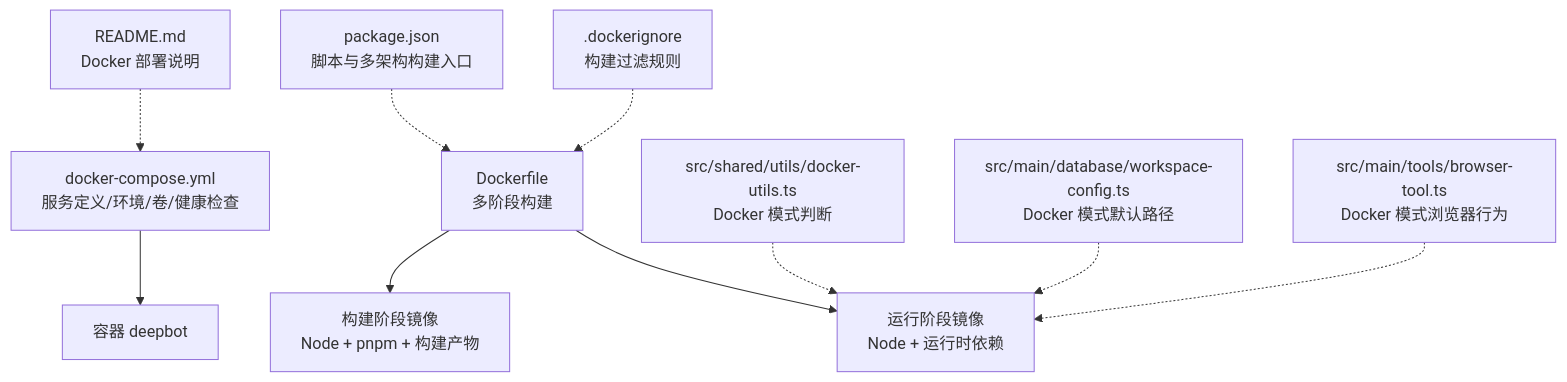
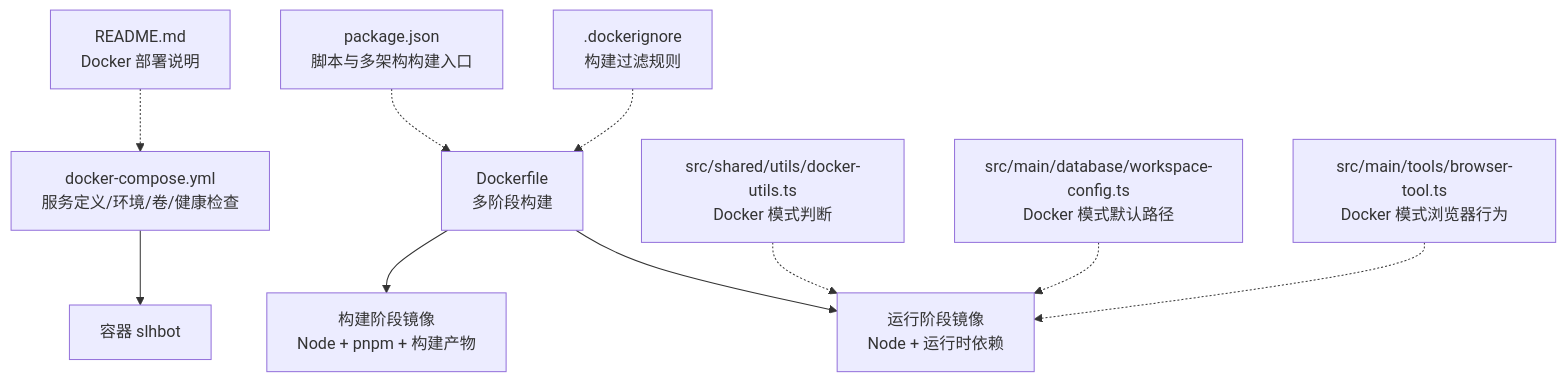
Before and after one commit to HEROhuqinchao/deepbot: the first of 6 diagrams in .qoder/repowiki/zh/content/开发和部署/构建和打包/Docker 构建配置.md, drawn with Mermaid. The commit also changed other lines of this file and 250 other files, not shown here.

````diff
--- a/.qoder/repowiki/zh/content/开发和部署/构建和打包/Docker 构建配置.md
+++ b/.qoder/repowiki/zh/content/开发和部署/构建和打包/Docker 构建配置.md
@@ -33,12 +33,12 @@
 ```mermaid
 graph TB
 A["Dockerfile<br/>多阶段构建"] --> B["运行阶段镜像<br/>Node + 运行时依赖"]
 A --> C["构建阶段镜像<br/>Node + pnpm + 构建产物"]
-D["docker-compose.yml<br/>服务定义/环境/卷/健康检查"] --> E["容器 deepbot"]
+D["docker-compose.yml<br/>服务定义/环境/卷/健康检查"] --> E["容器 slhbot"]
 F[".dockerignore<br/>构建过滤规则"] -.-> A
 G["package.json<br/>脚本与多架构构建入口"] -.-> A
 H["README.md<br/>Docker 部署说明"] -.-> D
 I["src/shared/utils/docker-utils.ts<br/>Docker 模式判断"] -.-> B
 J["src/main/database/workspace-config.ts<br/>Docker 模式默认路径"] -.-> B
 K["src/main/tools/browser-tool.ts<br/>Docker 模式浏览器行为"] -.-> B
 ```
````
